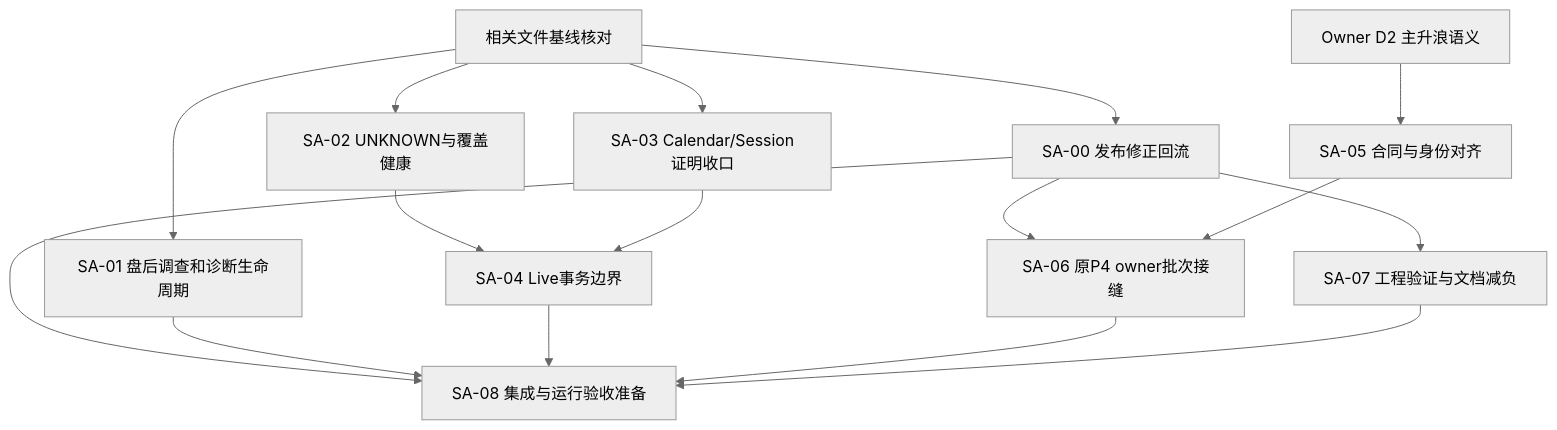
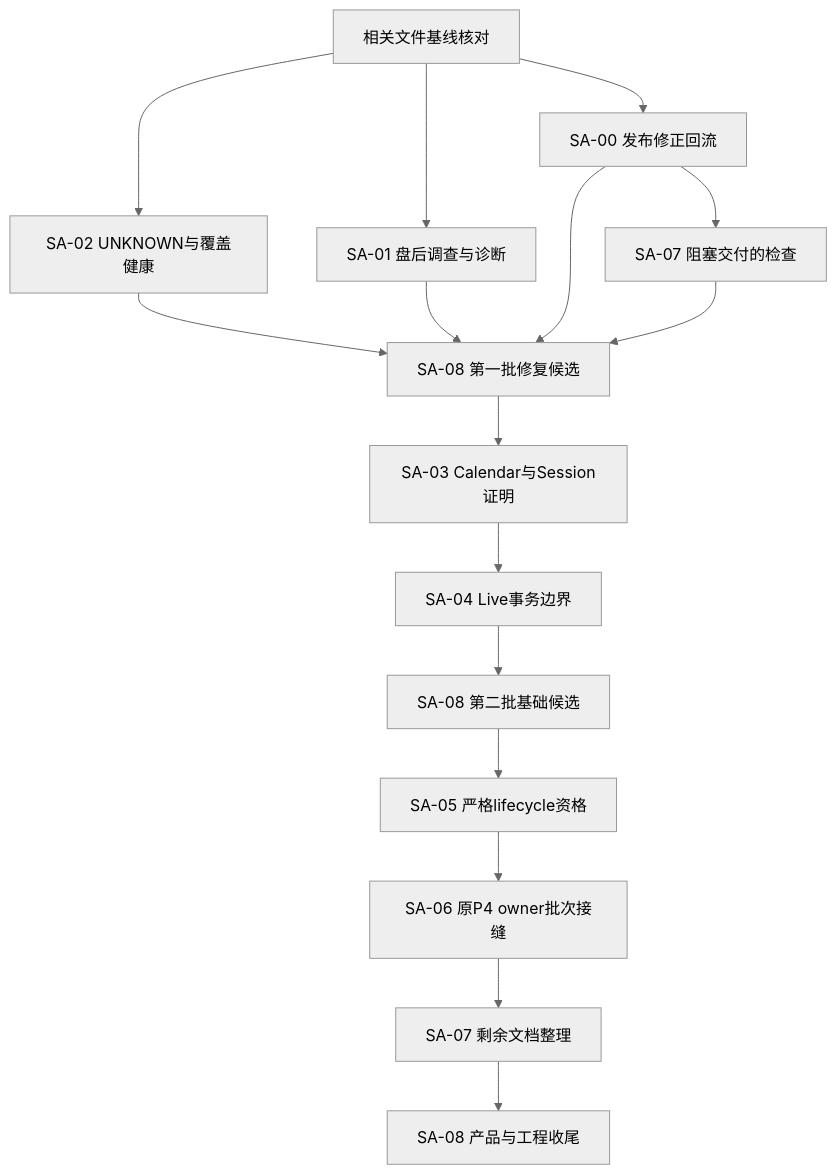
The second of 2 diagrams in docs/tasks/system-audit-20260922/decision.md (firehell/guiyi-quant-workstation), drawn with Mermaid (neutral theme) before and after one commit. The commit also changed other lines of this file and 2 other files, not shown here.

````diff
--- a/docs/tasks/system-audit-20260922/decision.md
+++ b/docs/tasks/system-audit-20260922/decision.md
@@ -390,18 +396,18 @@
 ```mermaid
 flowchart TD
   B[相关文件基线核对] --> S0[SA-00 发布修正回流]
-  B --> S1[SA-01 盘后调查和诊断生命周期]
+  S0 --> S7a[SA-07 阻塞交付的检查]
   B --> S2[SA-02 UNKNOWN与覆盖健康]
-  B --> S3[SA-03 Calendar/Session证明收口]
-  S2 --> S4[SA-04 Live事务边界]
-  S3 --> S4
-  D2[Owner D2 主升浪语义] --> S5[SA-05 合同与身份对齐]
-  S0 --> S6[SA-06 原P4 owner批次接缝]
-  S5 --> S6
-  S0 --> S7[SA-07 工程验证与文档减负]
-  S0 --> S8[SA-08 集成与运行验收准备]
-  S1 --> S8
-  S4 --> S8
-  S6 --> S8
-  S7 --> S8
+  B --> S1[SA-01 盘后调查与诊断]
+  S2 --> I1[SA-08 第一批修复候选]
+  S1 --> I1
+  S0 --> I1
+  S7a --> I1
+  I1 --> S3[SA-03 Calendar与Session证明]
+  S3 --> S4[SA-04 Live事务边界]
+  S4 --> I2[SA-08 第二批基础候选]
+  I2 --> S5[SA-05 严格lifecycle资格]
+  S5 --> S6[SA-06 原P4 owner批次接缝]
+  S6 --> S7b[SA-07 剩余文档整理]
+  S7b --> I3[SA-08 产品与工程收尾]
 ```
````
